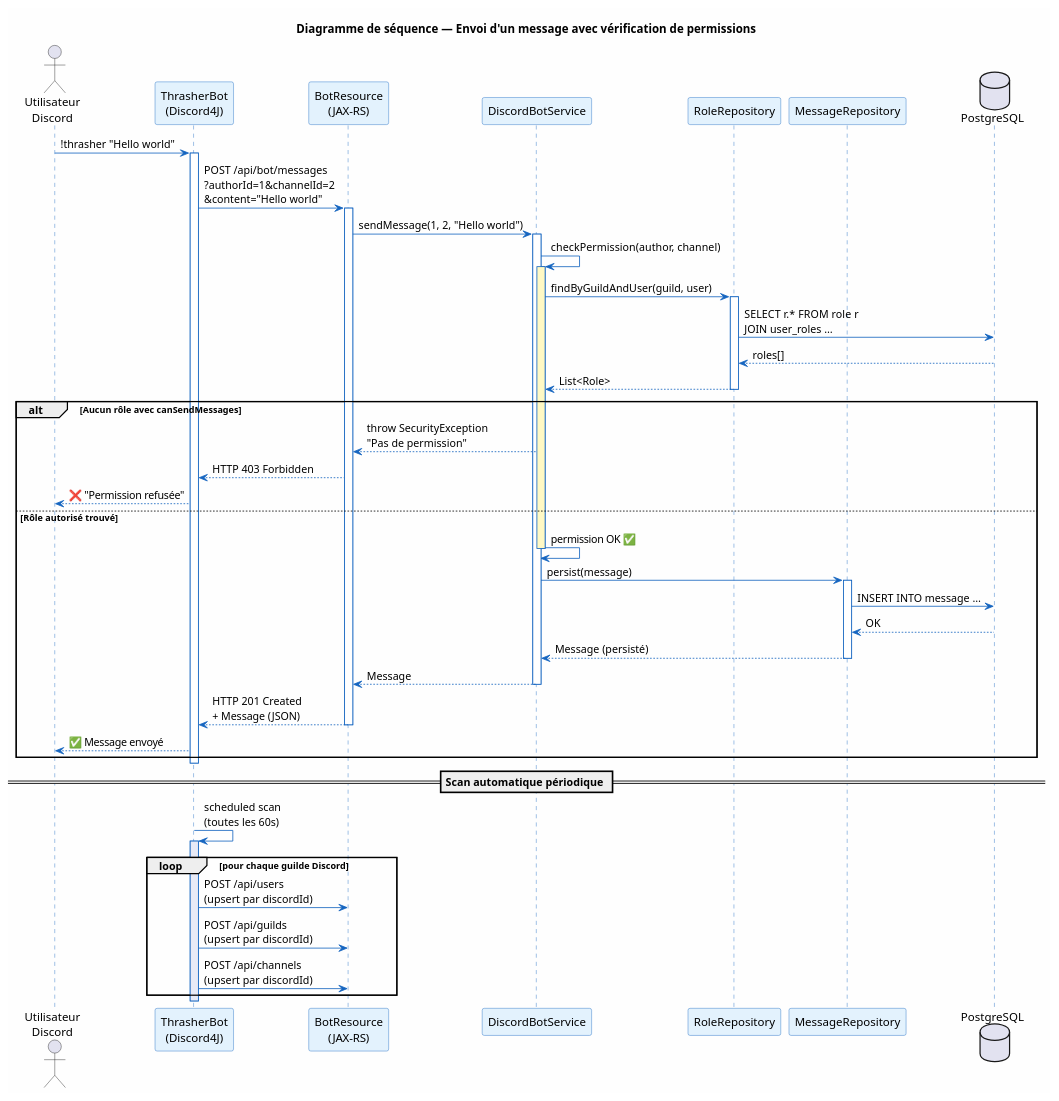
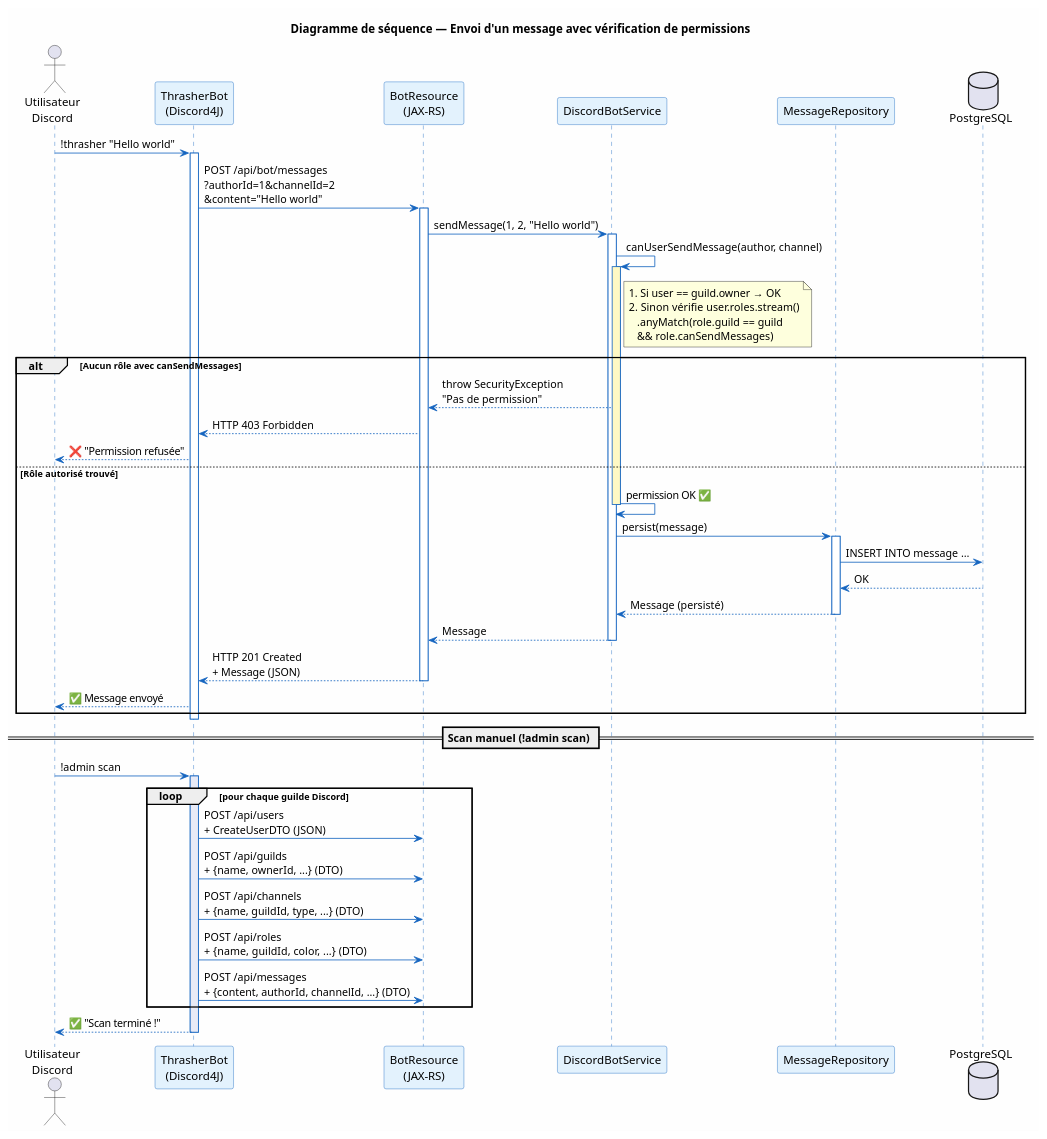
One commit to DPTINFO-M2-2026/tp-fil-rouge-YacineCC changed the diagram in docs/sequence-send-message.puml. Above: the diagram before and after it, drawn with PlantUML. The commit also changed 3 other files, not shown here.

```diff
--- a/docs/sequence-send-message.puml
+++ b/docs/sequence-send-message.puml
@@ -1,79 +1,81 @@
 @startuml Séquence — Envoi d'un message via le Bot
 
 skinparam backgroundColor #FEFEFE
 skinparam sequence {
     ArrowColor #1565C0
     LifeLineBorderColor #1565C0
     ParticipantBackgroundColor #E3F2FD
     ParticipantBorderColor #1565C0
 }
 
 title Diagramme de séquence — Envoi d'un message avec vérification de permissions
 
 actor "Utilisateur\nDiscord" as U
 participant "ThrasherBot\n(Discord4J)" as Bot
 participant "BotResource\n(JAX-RS)" as BR
 participant "DiscordBotService" as DS
-participant "RoleRepository" as RR
 participant "MessageRepository" as MR
 database "PostgreSQL" as DB
 
 U -> Bot : !thrasher "Hello world"
 activate Bot
 
 Bot -> BR : POST /api/bot/messages\n?authorId=1&channelId=2\n&content="Hello world"
 activate BR
 
 BR -> DS : sendMessage(1, 2, "Hello world")
 activate DS
 
-DS -> DS : checkPermission(author, channel)
+DS -> DS : canUserSendMessage(author, channel)
 activate DS #FFF9C4
 
-DS -> RR : findByGuildAndUser(guild, user)
-activate RR
-RR -> DB : SELECT r.* FROM role r\nJOIN user_roles …
-DB --> RR : roles[]
-RR --> DS : List<Role>
-deactivate RR
+note right of DS
+    1. Si user == guild.owner → OK
+    2. Sinon vérifie user.roles.stream()
+       .anyMatch(role.guild == guild
+       && role.canSendMessages)
+end note
 
 alt Aucun rôle avec canSendMessages
     DS --> BR : throw SecurityException\n"Pas de permission"
     BR --> Bot : HTTP 403 Forbidden
     Bot --> U : ❌ "Permission refusée"
 else Rôle autorisé trouvé
     DS -> DS : permission OK ✅
     deactivate DS
 
     DS -> MR : persist(message)
     activate MR
     MR -> DB : INSERT INTO message …
     DB --> MR : OK
     MR --> DS : Message (persisté)
     deactivate MR
 
     DS --> BR : Message
     deactivate DS
 
     BR --> Bot : HTTP 201 Created\n+ Message (JSON)
     deactivate BR
 
     Bot --> U : ✅ Message envoyé
 end
 
 deactivate Bot
 
-== Scan automatique périodique ==
+== Scan manuel (!admin scan) ==
 
-Bot -> Bot : scheduled scan\n(toutes les 60s)
+U -> Bot : !admin scan
 activate Bot #E8EAF6
 
 loop pour chaque guilde Discord
-    Bot -> BR : POST /api/users\n(upsert par discordId)
-    Bot -> BR : POST /api/guilds\n(upsert par discordId)
-    Bot -> BR : POST /api/channels\n(upsert par discordId)
+    Bot -> BR : POST /api/users\n+ CreateUserDTO (JSON)
+    Bot -> BR : POST /api/guilds\n+ {name, ownerId, ...} (DTO)
+    Bot -> BR : POST /api/channels\n+ {name, guildId, type, ...} (DTO)
+    Bot -> BR : POST /api/roles\n+ {name, guildId, color, ...} (DTO)
+    Bot -> BR : POST /api/messages\n+ {content, authorId, channelId, ...} (DTO)
 end
 
+Bot --> U : ✅ "Scan terminé !"
 deactivate Bot
 
 @enduml
```
